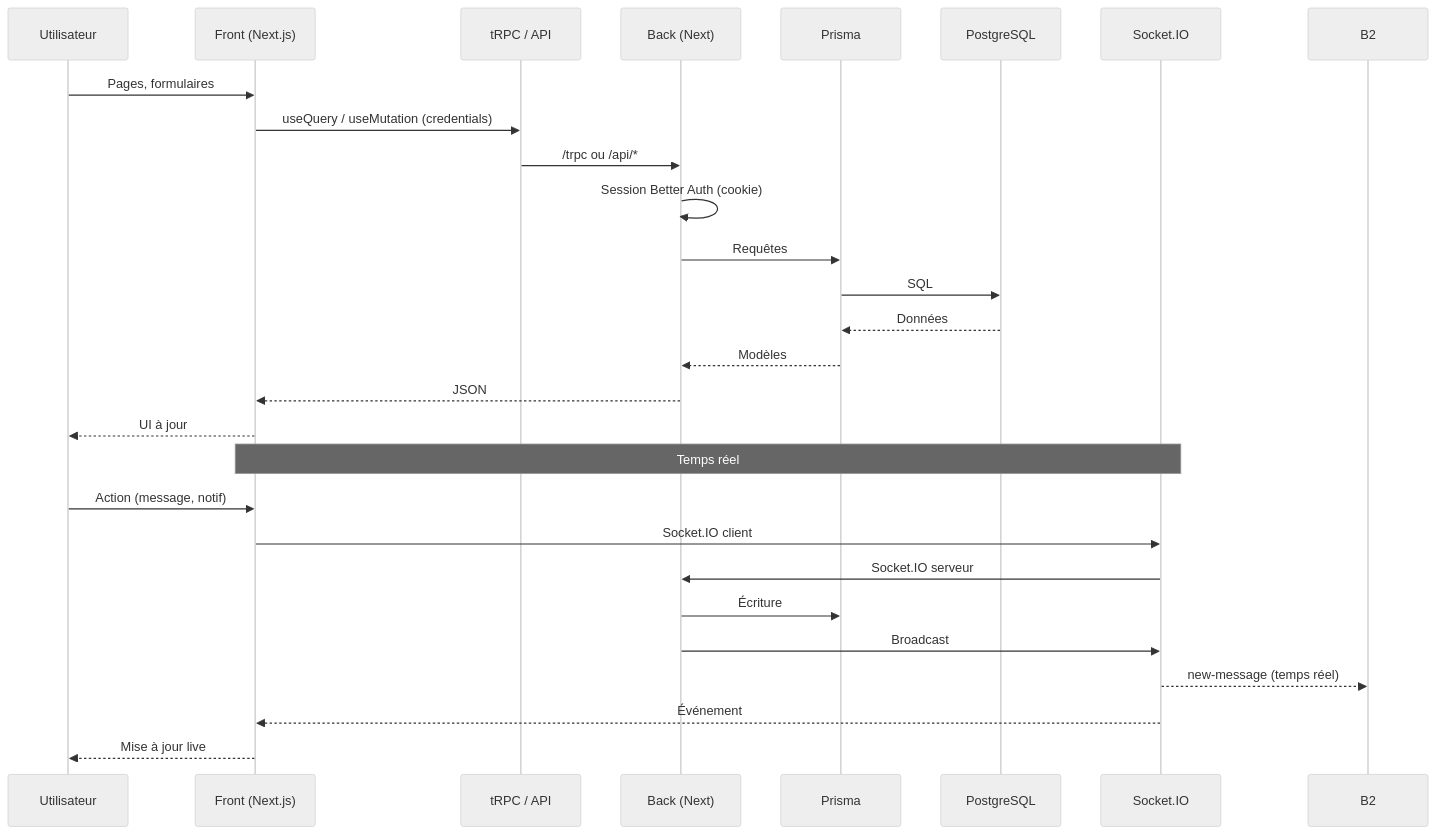
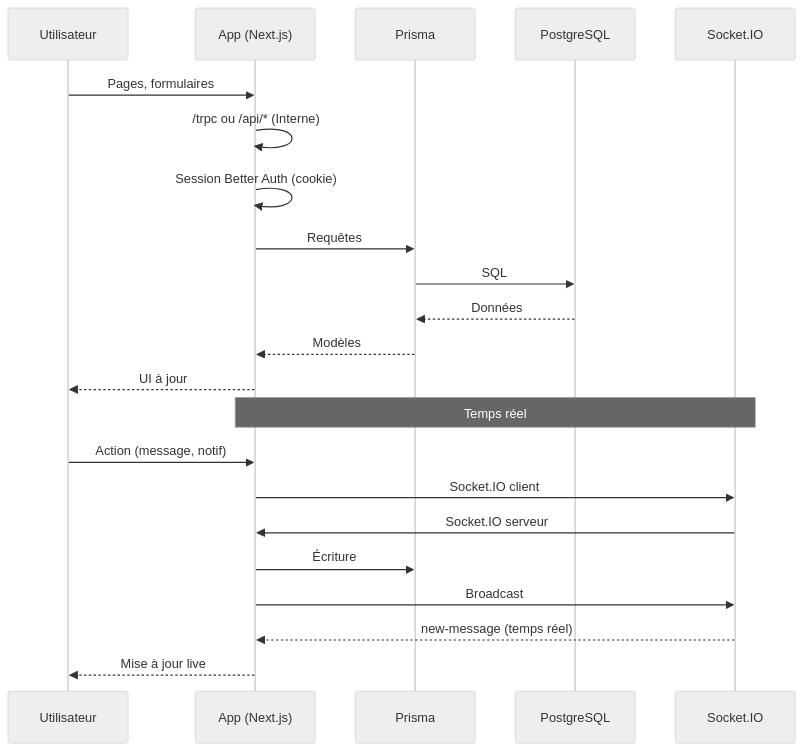
Before and after one commit to alice-444/ls_app: the fourth of 24 diagrams in docs/architecture.md, drawn with Mermaid (neutral theme). The commit also changed other lines of this file and 8 other files, not shown here.

Commit message:
docs: update application structure and documentation to reflect unified app architecture, including shared components and deployment details

````diff
--- a/docs/architecture.md
+++ b/docs/architecture.md
@@ -173,31 +171,26 @@
 ```mermaid
 sequenceDiagram
   participant U as Utilisateur
-  participant F as Front (Next.js)
-  participant T as tRPC / API
-  participant B as Back (Next)
+  participant A as App (Next.js)
   participant P as Prisma
   participant DB as PostgreSQL
   participant S as Socket.IO
 
-  U->>F: Pages, formulaires
-  F->>T: useQuery / useMutation (credentials)
-  T->>B: /trpc ou /api/*
-  B->>B: Session Better Auth (cookie)
-  B->>P: Requêtes
+  U->>A: Pages, formulaires
+  A->>A: /trpc ou /api/* (Interne)
+  A->>A: Session Better Auth (cookie)
+  A->>P: Requêtes
   P->>DB: SQL
   DB-->>P: Données
-  P-->>B: Modèles
-  B-->>F: JSON
-  F-->>U: UI à jour
+  P-->>A: Modèles
+  A-->>U: UI à jour
 
-  Note over F,S: Temps réel
-  U->>F: Action (message, notif)
-  F->>S: Socket.IO client
-  S->>B: Socket.IO serveur
-  B->>P: Écriture
-  B->>S: Broadcast
-  S-->>B2: new-message (temps réel)
-  S-->>F: Événement
-  F-->>U: Mise à jour live
+  Note over A,S: Temps réel
+  U->>A: Action (message, notif)
+  A->>S: Socket.IO client
+  S->>A: Socket.IO serveur
+  A->>P: Écriture
+  A->>S: Broadcast
+  S-->>A: new-message (temps réel)
+  A-->>U: Mise à jour live
 ```
````
